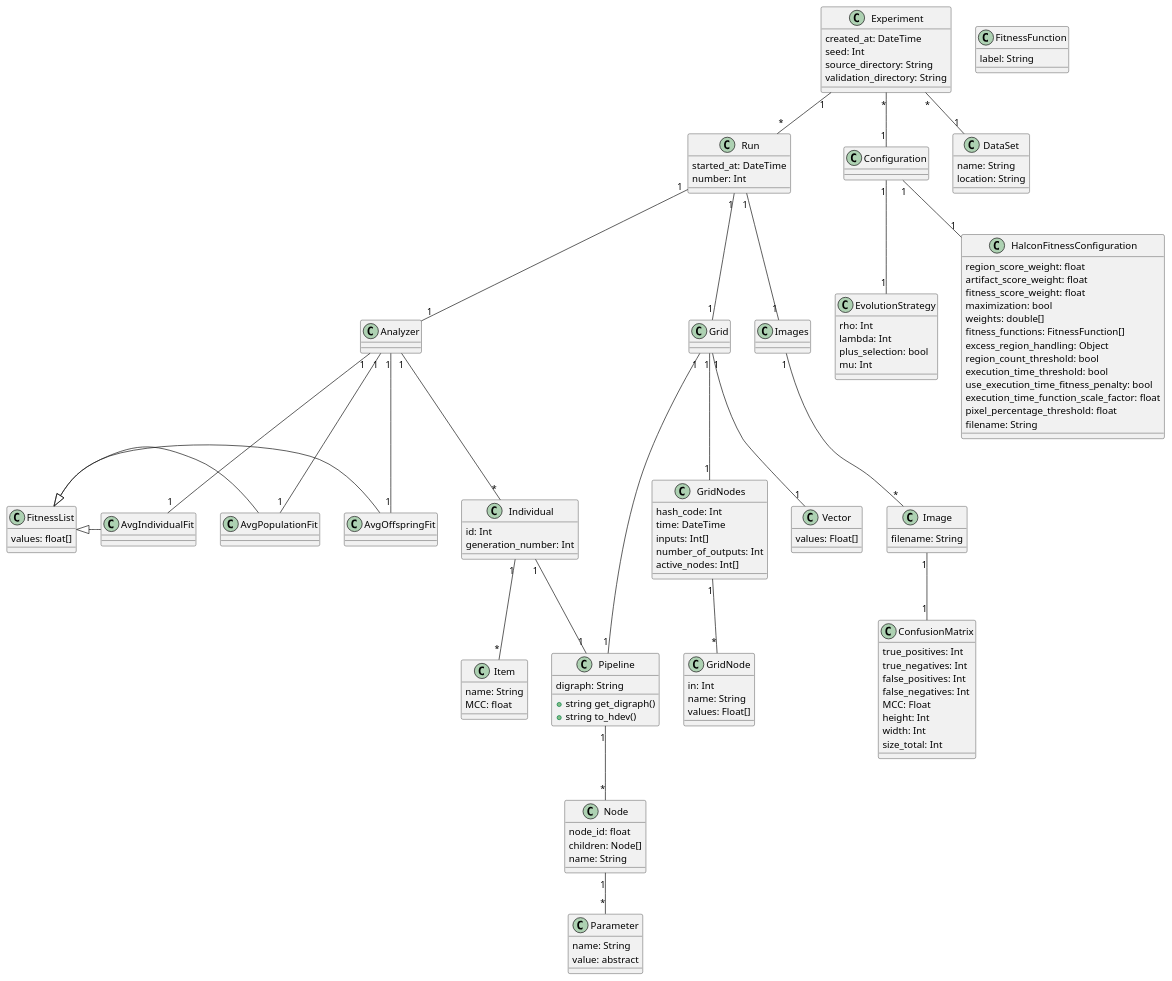
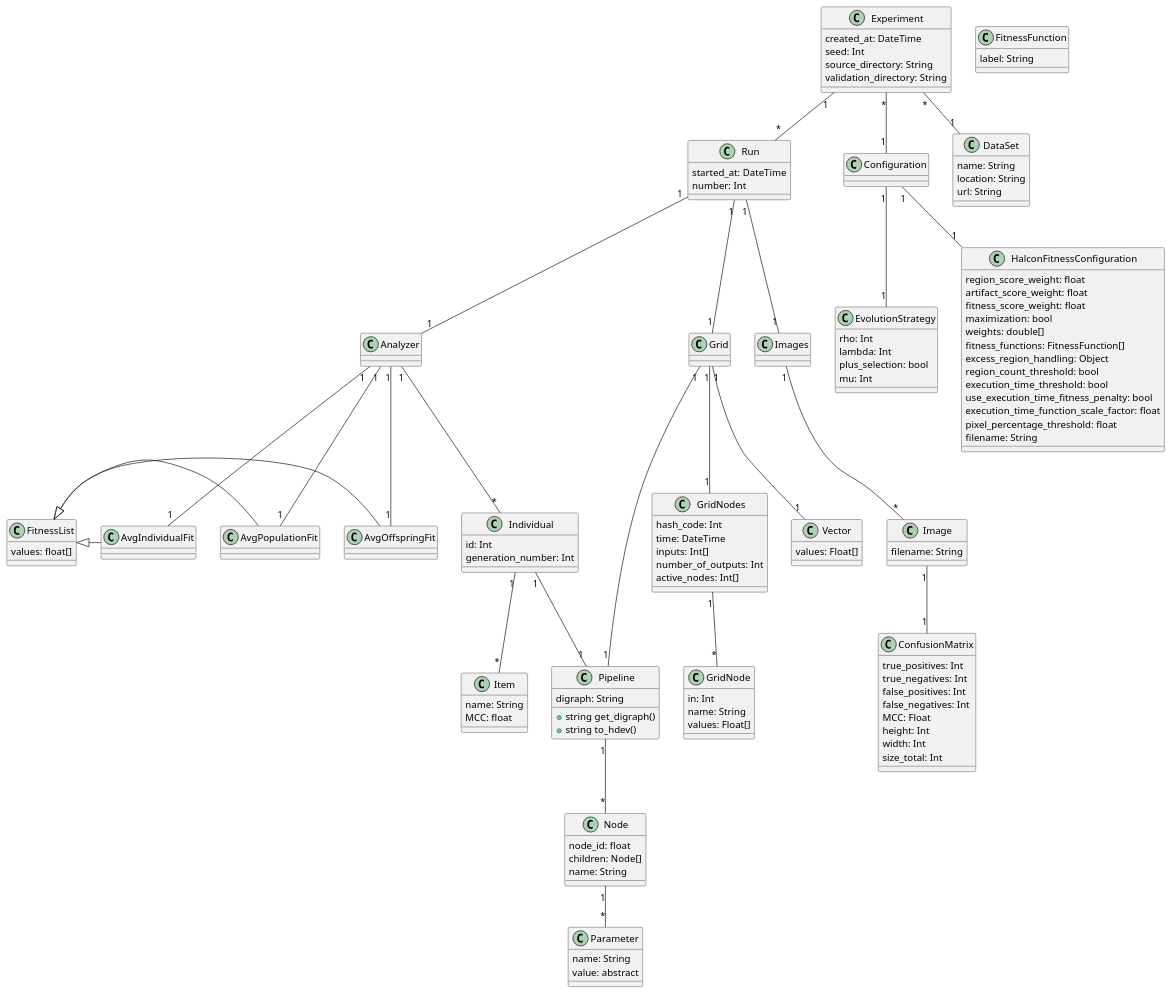
The diagram in diagrams/DataModel.md (anmarchio/experiments), drawn with PlantUML before and after one commit.

```diff
--- a/diagrams/DataModel.md
+++ b/diagrams/DataModel.md
@@ -47,6 +47,7 @@
 class DataSet {
   name: String
   location: String
+  url: String
 }
 
 class Analyzer
```
